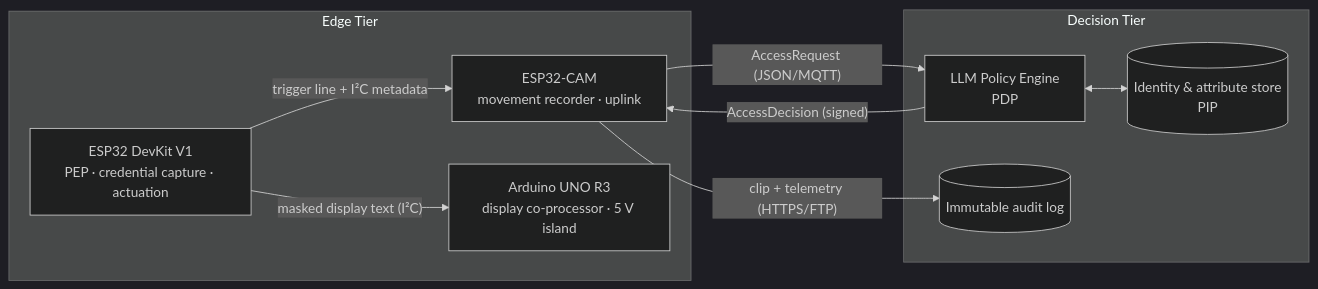
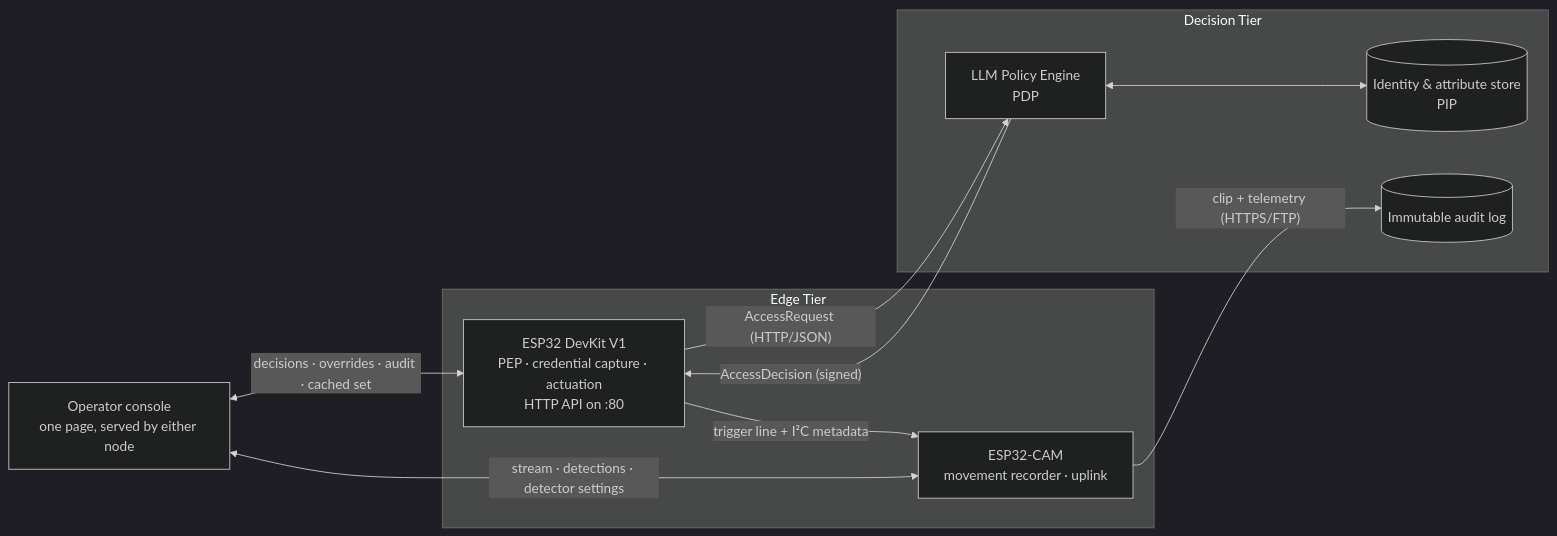
Before and after one commit to EMCISHackathon/iot-hardware: the first of 2 diagrams in README.md, drawn with Mermaid (dark theme). The commit also changed other lines of this file and 27 other files, not shown here.

Commit message:
feat: esp32 gateway with schematic view.

````diff
--- a/README.md
+++ b/README.md
@@ -36,21 +36,23 @@
 ```mermaid
 flowchart LR
     subgraph Edge["Edge Tier"]
-        A["ESP32 DevKit V1<br/>PEP · credential capture · actuation"]
+        A["ESP32 DevKit V1<br/>PEP · credential capture · actuation<br/>HTTP API on :80"]
         C["ESP32-CAM<br/>movement recorder · uplink"]
-        U["Arduino UNO R3<br/>display co-processor · 5 V island"]
         A -- "trigger line + I²C metadata" --> C
-        A -- "masked display text (I²C)" --> U
     end
 
     subgraph Cloud["Decision Tier"]
         P["LLM Policy Engine<br/>PDP"]
         D[("Identity & attribute store<br/>PIP")]
         L[("Immutable audit log")]
     end
 
-    C -- "AccessRequest (JSON/MQTT)" --> P
-    P -- "AccessDecision (signed)" --> C
+    W["Operator console<br/>one page, served by either node"]
+
+    A -- "AccessRequest (HTTP/JSON)" --> P
+    P -- "AccessDecision (signed)" --> A
     C -- "clip + telemetry (HTTPS/FTP)" --> L
+    W <-- "decisions · overrides · audit · cached set" --> A
+    W <-- "stream · detections · detector settings" --> C
     P <--> D
 ```
````
